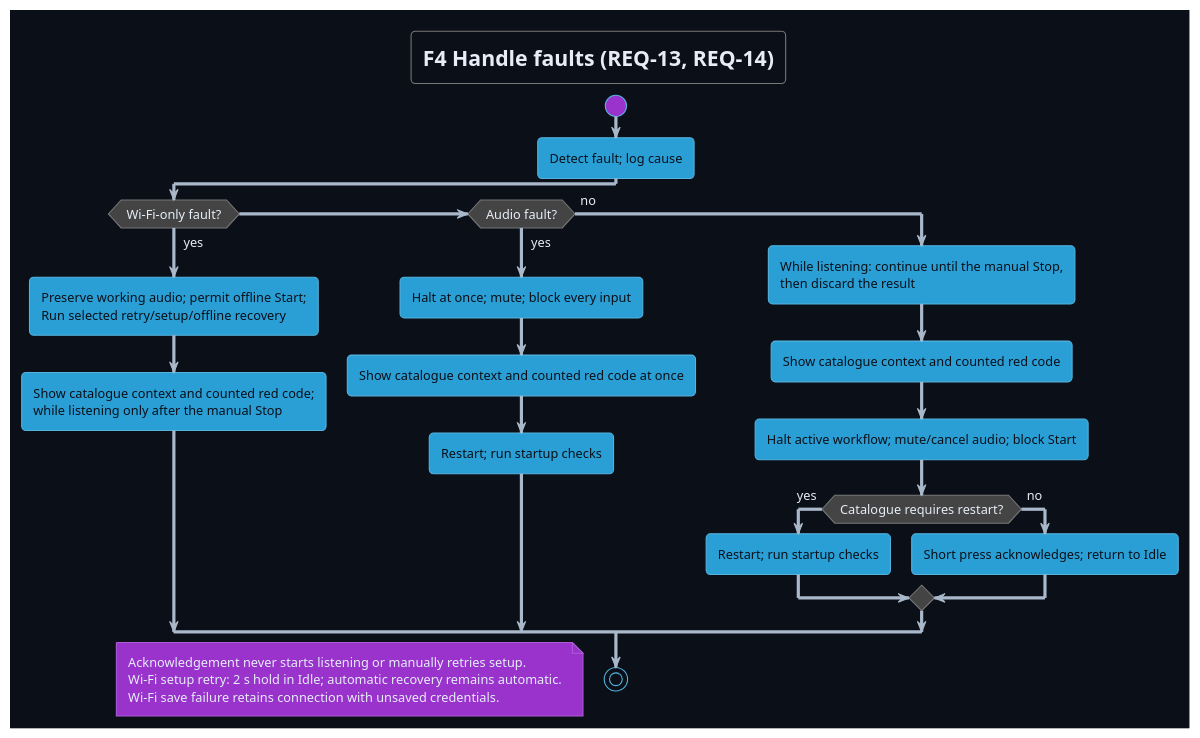
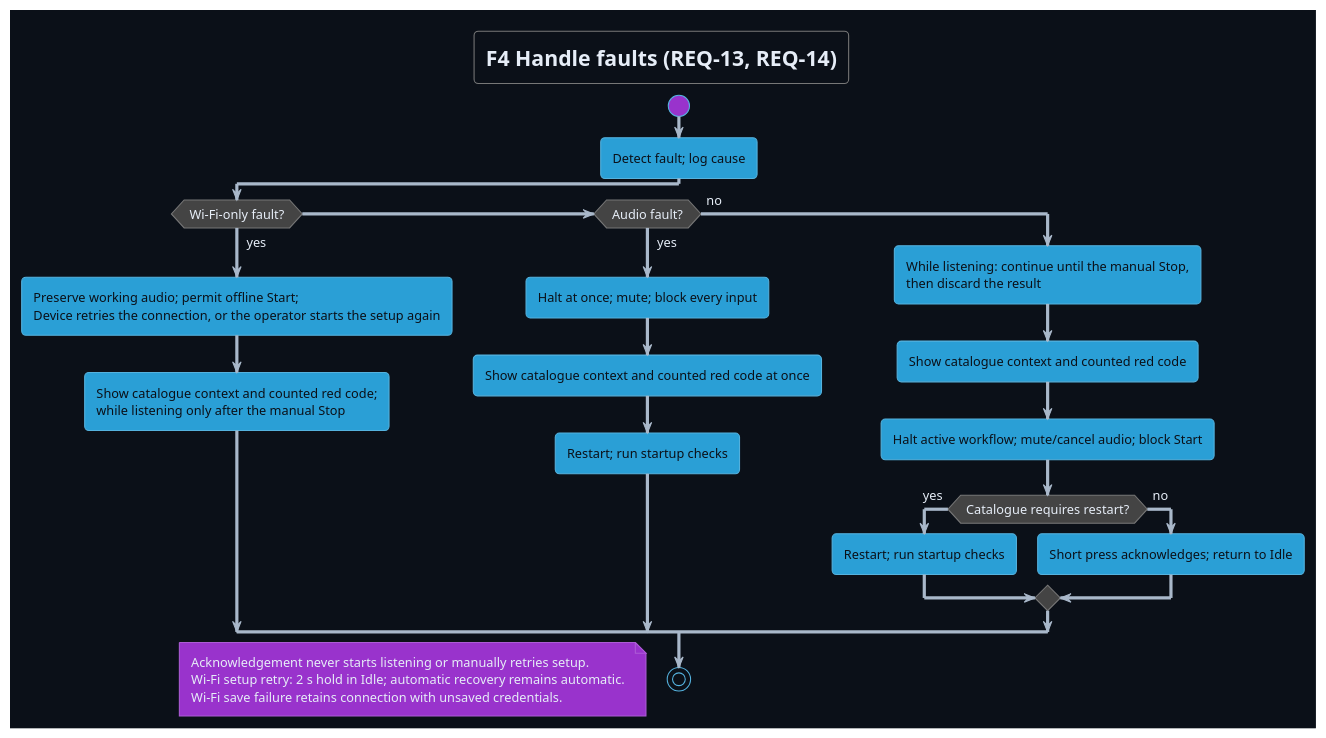
One commit to DemonicPsychoII/DigitalStethoscope changed the diagram in Development/system/requirements/use-cases/uc-04-faults.puml. Above: the diagram before and after it, drawn with PlantUML. The commit also changed 120 other files, not shown here.

```diff
--- a/Development/system/requirements/use-cases/uc-04-faults.puml
+++ b/Development/system/requirements/use-cases/uc-04-faults.puml
@@ -1,38 +1,38 @@
 @startuml uc_04_faults
 !theme cyborg
 skinparam shadowing false
 skinparam defaultFontName SansSerif
 skinparam backgroundColor #0b1018
 skinparam defaultFontColor #e6edf7
 skinparam ArrowColor #a9b8ca
 skinparam activity {
  FontColor #0b1018
  DiamondFontColor #e6edf7
 }
 title F4 Handle faults (REQ-13, REQ-14)
 start
 :Detect fault; log cause;
 if (Wi-Fi-only fault?) then (yes)
- :Preserve working audio; permit offline Start;\nRun selected retry/setup/offline recovery;
+ :Preserve working audio; permit offline Start;\nDevice retries the connection, or the operator starts the setup again;
  :Show catalogue context and counted red code;\nwhile listening only after the manual Stop;
 elseif (Audio fault?) then (yes)
  :Halt at once; mute; block every input;
  :Show catalogue context and counted red code at once;
  :Restart; run startup checks;
 else (no)
  :While listening: continue until the manual Stop,\nthen discard the result;
  :Show catalogue context and counted red code;
  :Halt active workflow; mute/cancel audio; block Start;
  if (Catalogue requires restart?) then (yes)
   :Restart; run startup checks;
  else (no)
   :Short press acknowledges; return to Idle;
  endif
 endif
 stop
 floating note
  Acknowledgement never starts listening or manually retries setup.
  Wi-Fi setup retry: 2 s hold in Idle; automatic recovery remains automatic.
  Wi-Fi save failure retains connection with unsaved credentials.
 end note
 @enduml
```
